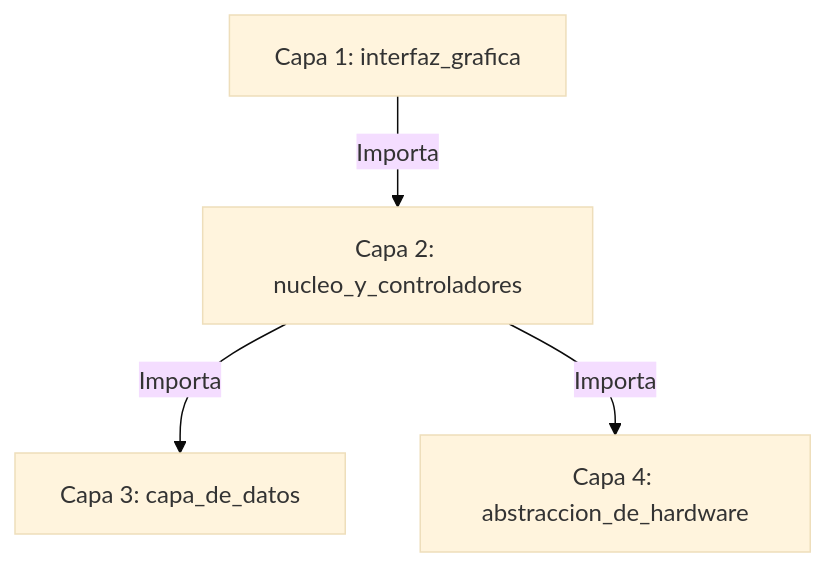
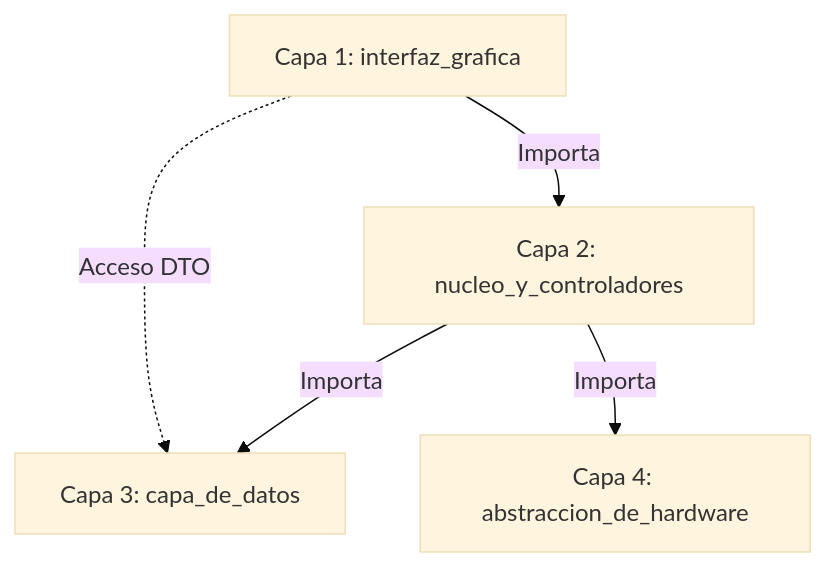
One commit to biggerihus/blar_plus changed the second of 2 diagrams in README.md. Above: the diagram before and after it, drawn with Mermaid (base theme). The commit also changed other lines of this file and 23 other files, not shown here.

````diff
--- a/README.md
+++ b/README.md
@@ -101,6 +188,7 @@
 ```mermaid
 flowchart TD
     GUI[Capa 1: interfaz_grafica] -->|Importa| CTRL[Capa 2: nucleo_y_controladores]
     CTRL -->|Importa| DATA[Capa 3: capa_de_datos]
     CTRL -->|Importa| HW[Capa 4: abstraccion_de_hardware]
+    GUI -.->|Acceso DTO| DATA
 ```
````
